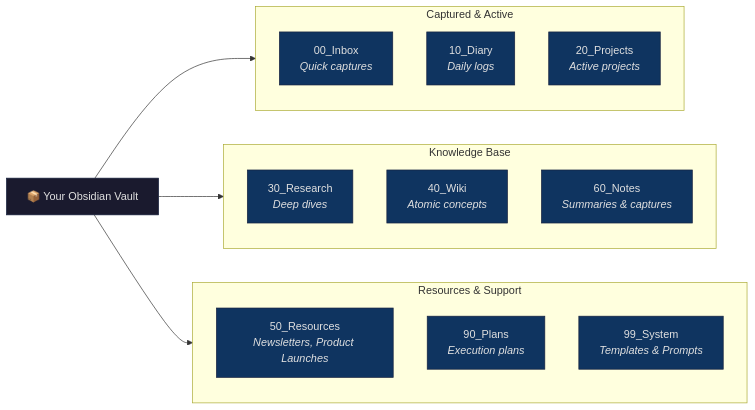
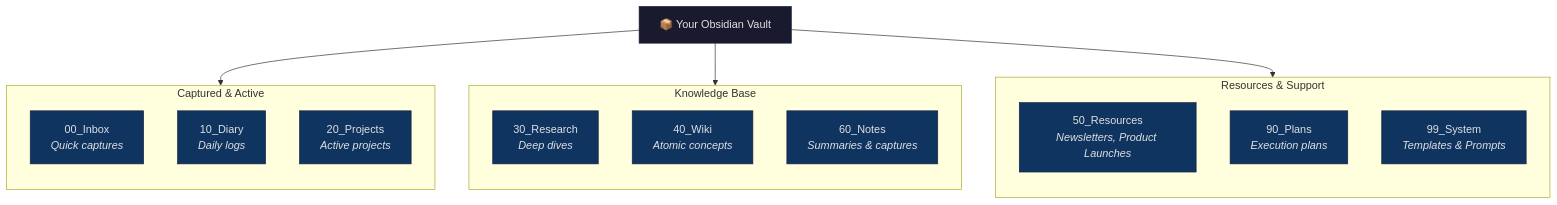
Before and after one commit to dull-bird/DeepOrbit: the second of 8 diagrams in README.md, drawn with Mermaid. The commit also changed 1 other file, not shown here.

````diff
--- a/README.md
+++ b/README.md
@@ -80,40 +80,40 @@
 ```mermaid
-flowchart LR
+flowchart TD
     V["📦 Your Obsidian Vault"]
     
     V --> G1
     V --> G2
     V --> G3
 
-    subgraph G1 ["Captured & Active"]
+    subgraph G1 [Captured & Active]
         direction TD
-        A["00_Inbox<br/><i>Quick captures</i>"]
-        B["10_Diary<br/><i>Daily logs</i>"]
-        C["20_Projects<br/><i>Active projects</i>"]
+        node_A["00_Inbox<br/><i>Quick captures</i>"]
+        node_B["10_Diary<br/><i>Daily logs</i>"]
+        node_C["20_Projects<br/><i>Active projects</i>"]
     end
     
-    subgraph G2 ["Knowledge Base"]
+    subgraph G2 [Knowledge Base]
         direction TD
-        D["30_Research<br/><i>Deep dives</i>"]
-        E["40_Wiki<br/><i>Atomic concepts</i>"]
-        G["60_Notes<br/><i>Summaries & captures</i>"]
+        node_D["30_Research<br/><i>Deep dives</i>"]
+        node_E["40_Wiki<br/><i>Atomic concepts</i>"]
+        node_G["60_Notes<br/><i>Summaries & captures</i>"]
     end
     
-    subgraph G3 ["Resources & Support"]
+    subgraph G3 [Resources & Support]
         direction TD
-        F["50_Resources<br/><i>Newsletters, Product Launches</i>"]
-        H["90_Plans<br/><i>Execution plans</i>"]
-        I["99_System<br/><i>Templates & Prompts</i>"]
+        node_F["50_Resources<br/><i>Newsletters, Product Launches</i>"]
+        node_H["90_Plans<br/><i>Execution plans</i>"]
+        node_I["99_System<br/><i>Templates & Prompts</i>"]
     end
 
     style V fill:#1a1a2e,stroke:#16213e,color:#e0e0e0
-    style A fill:#0f3460,stroke:#16213e,color:#e0e0e0
-    style B fill:#0f3460,stroke:#16213e,color:#e0e0e0
-    style C fill:#0f3460,stroke:#16213e,color:#e0e0e0
-    style D fill:#0f3460,stroke:#16213e,color:#e0e0e0
-    style E fill:#0f3460,stroke:#16213e,color:#e0e0e0
-    style F fill:#0f3460,stroke:#16213e,color:#e0e0e0
-    style G fill:#0f3460,stroke:#16213e,color:#e0e0e0
-    style H fill:#0f3460,stroke:#16213e,color:#e0e0e0
-    style I fill:#0f3460,stroke:#16213e,color:#e0e0e0
+    style node_A fill:#0f3460,stroke:#16213e,color:#e0e0e0
+    style node_B fill:#0f3460,stroke:#16213e,color:#e0e0e0
+    style node_C fill:#0f3460,stroke:#16213e,color:#e0e0e0
+    style node_D fill:#0f3460,stroke:#16213e,color:#e0e0e0
+    style node_E fill:#0f3460,stroke:#16213e,color:#e0e0e0
+    style node_F fill:#0f3460,stroke:#16213e,color:#e0e0e0
+    style node_G fill:#0f3460,stroke:#16213e,color:#e0e0e0
+    style node_H fill:#0f3460,stroke:#16213e,color:#e0e0e0
+    style node_I fill:#0f3460,stroke:#16213e,color:#e0e0e0
 ```
````
